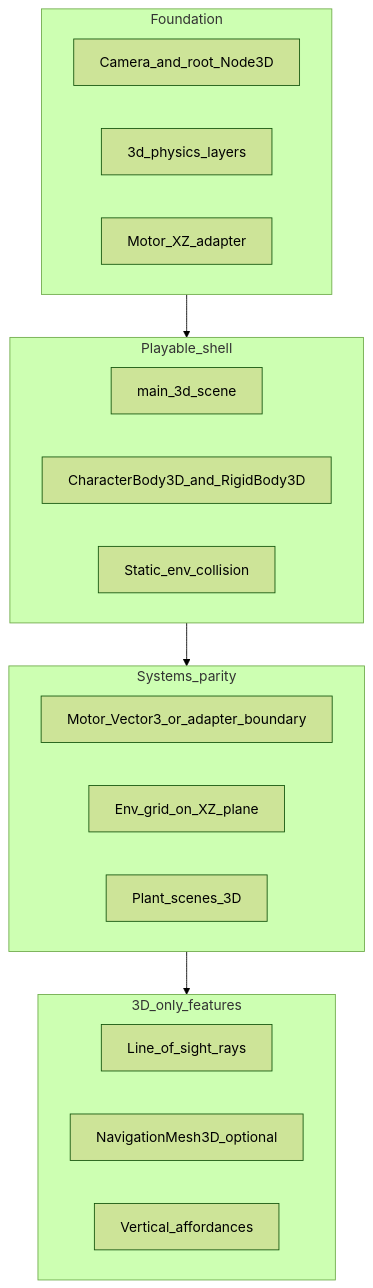
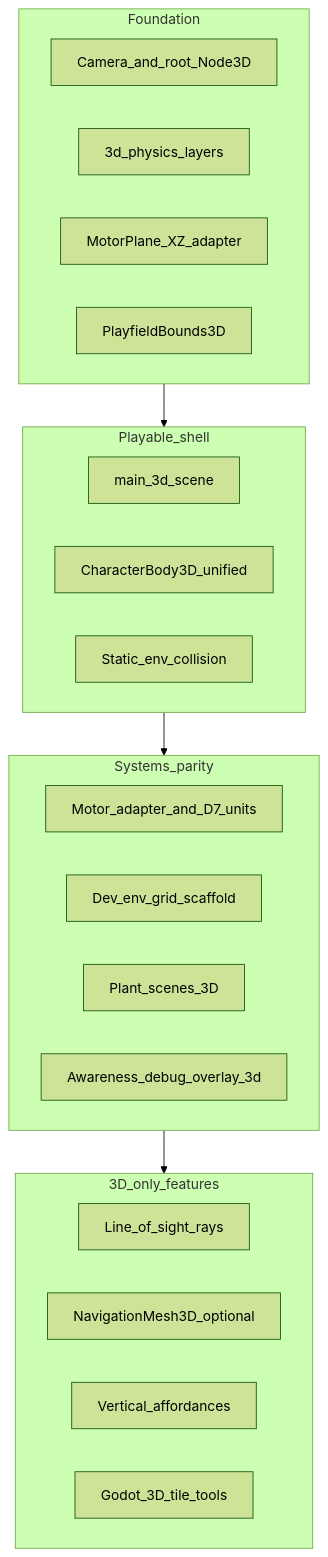
The diagram in Project_Docs/Draft_Features/CONVERT_TO_3D.md (sellmeyoursoul/hunter-killer), drawn with Mermaid (forest theme) before and after one commit. The commit also changed other lines of this file and 1 other file, not shown here.

````diff
--- a/Project_Docs/Draft_Features/CONVERT_TO_3D.md
+++ b/Project_Docs/Draft_Features/CONVERT_TO_3D.md
@@ -62,24 +66,27 @@
 ```mermaid
 flowchart TB
   subgraph phase0 [Foundation]
     Cam[Camera_and_root_Node3D]
     Layers[3d_physics_layers]
-    Adapter[Motor_XZ_adapter]
+    Adapter[MotorPlane_XZ_adapter]
+    Bounds[PlayfieldBounds3D]
   end
   subgraph phase1 [Playable_shell]
     Main3D[main_3d_scene]
-    Bodies[CharacterBody3D_and_RigidBody3D]
+    Bodies[CharacterBody3D_unified]
     Env3D[Static_env_collision]
   end
   subgraph phase2 [Systems_parity]
-    MotorRefactor[Motor_Vector3_or_adapter_boundary]
-    EnvBake[Env_grid_on_XZ_plane]
+    MotorRefactor[Motor_adapter_and_D7_units]
+    EnvScaffold[Dev_env_grid_scaffold]
     Plants3D[Plant_scenes_3D]
+    Debug3D[Awareness_debug_overlay_3d]
   end
   subgraph phase3 [3D_only_features]
     LoS[Line_of_sight_rays]
     Nav[NavigationMesh3D_optional]
     Vert[Vertical_affordances]
+    Tiles[Godot_3D_tile_tools]
   end
   phase0 --> phase1 --> phase2 --> phase3
 ```
````
